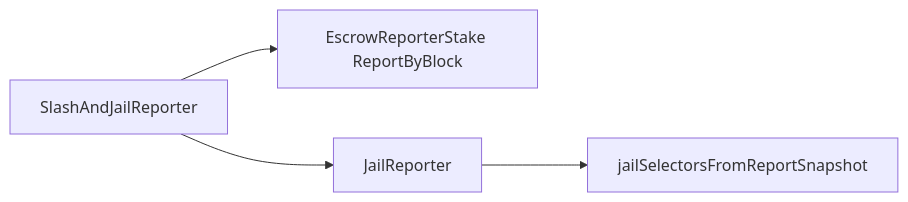
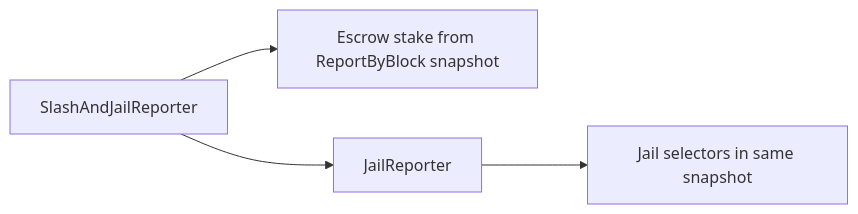
Before and after one commit to tellor-io/layer: the third of 3 diagrams in adr/adr1010 - deferred reporter switch and dispute jail hardening.md, drawn with Mermaid. The commit also changed other lines of this file, not shown here.

````diff
--- a/adr/adr1010 - deferred reporter switch and dispute jail hardening.md
+++ b/adr/adr1010 - deferred reporter switch and dispute jail hardening.md
@@ -181,9 +235,9 @@
 ```mermaid
 flowchart LR
   D[SlashAndJailReporter]
-  E[EscrowReporterStake ReportByBlock]
+  E[Escrow stake from ReportByBlock snapshot]
   J[JailReporter]
-  S[jailSelectorsFromReportSnapshot]
+  S[Jail selectors in same snapshot]
   D --> E
   D --> J --> S
 ```
````
